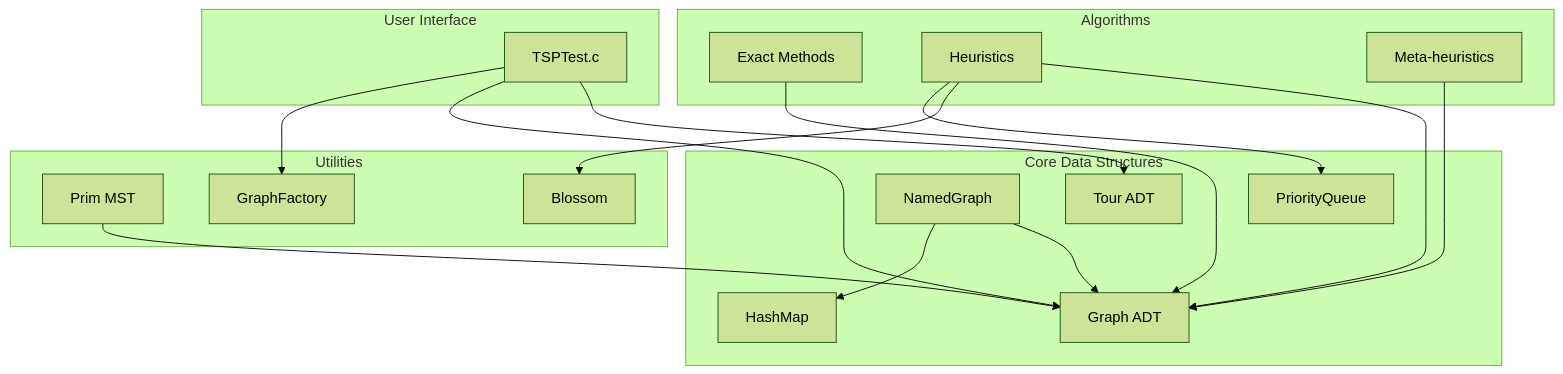
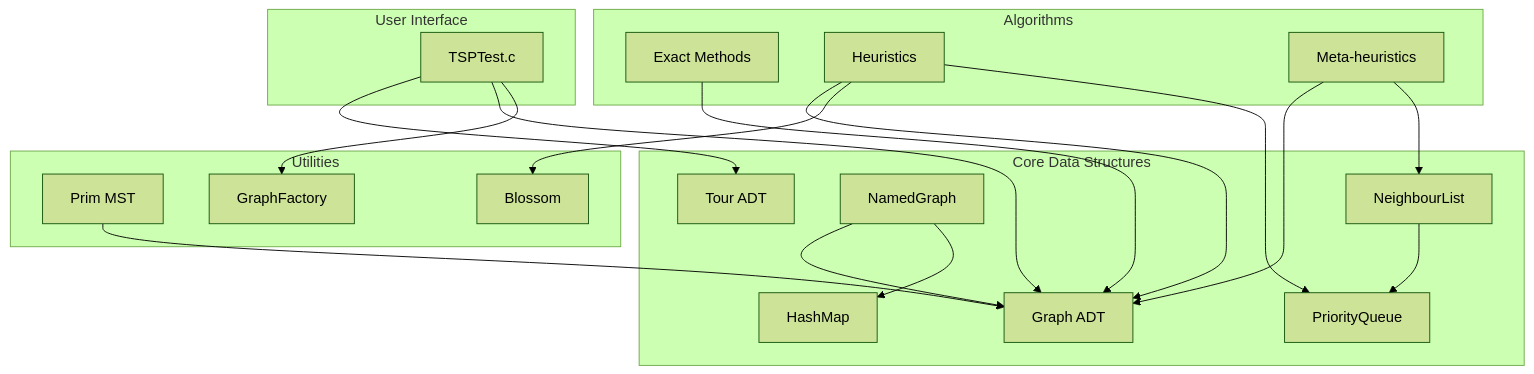
The first of 3 diagrams in docs/ARCHITECTURE.md (nelsonramosua/TSP), drawn with Mermaid (forest theme) before and after one commit. The commit also changed other lines of this file and 16 other files, not shown here.

````diff
--- a/docs/ARCHITECTURE.md
+++ b/docs/ARCHITECTURE.md
@@ -4,41 +4,44 @@
 ```mermaid
 graph TB
     subgraph "User Interface"
         A[TSPTest.c]
     end
     
     subgraph "Core Data Structures"
         B[Tour ADT]
         C[Graph ADT]
         D[NamedGraph]
         E[HashMap]
         L[PriorityQueue]
+        M[NeighbourList]
     end
     
     subgraph "Algorithms"
         F[Exact Methods]
         G[Heuristics]
         H[Meta-heuristics]
     end
     
     subgraph "Utilities"
         I[Prim MST]
         J[Blossom]
         K[GraphFactory]
     end
     
     A --> B
     A --> C
     A --> K
     
     D --> C
     D --> E
     
     F --> C
     G --> C
     H --> C
     
     G --> J
     G --> L
+    H --> M
+    M --> L
     I --> C
 ```
````
